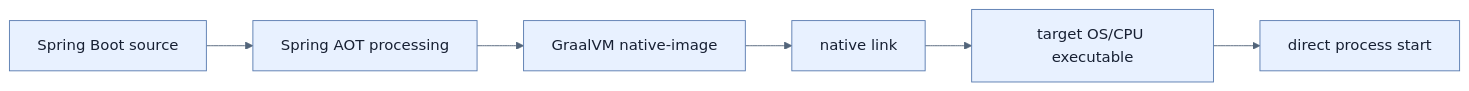
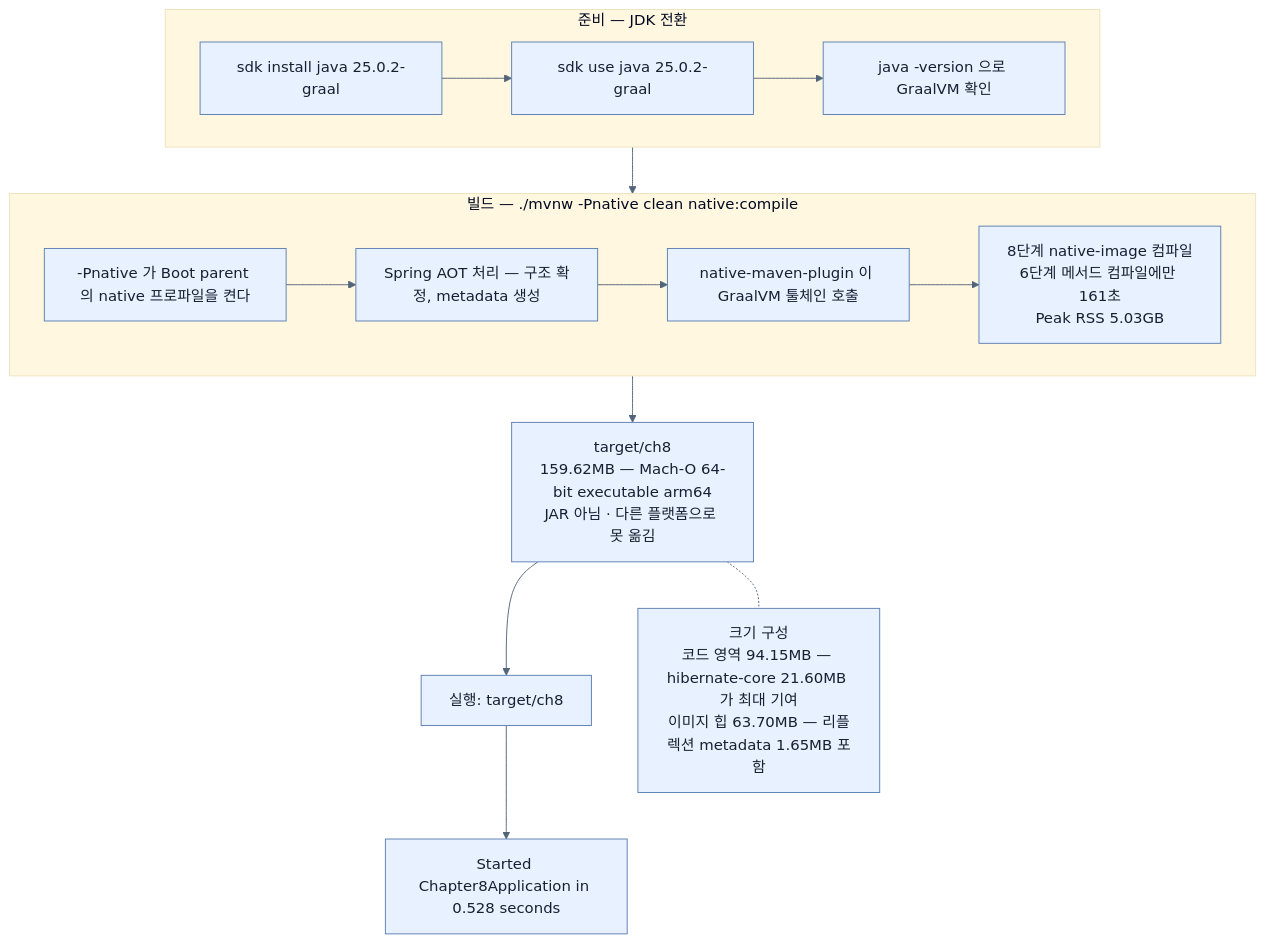
The diagram in spring-boot-4-pdf-notes/part-3-releasing-an-application-with-spring-boot/chapter-8-going-native-with-spring-boot/03-building-and-running-a-native-application.md (sing-u8/Learning_Spring_Boot_4), drawn with Mermaid before and after one commit. The commit also changed other lines of this file and 253 other files, not shown here.

````diff
--- a/spring-boot-4-pdf-notes/part-3-releasing-an-application-with-spring-boot/chapter-8-going-native-with-spring-boot/03-building-and-running-a-native-application.md
+++ b/spring-boot-4-pdf-notes/part-3-releasing-an-application-with-spring-boot/chapter-8-going-native-with-spring-boot/03-building-and-running-a-native-application.md
@@ -28,9 +126,26 @@
 ```mermaid
 %%{init: {'theme': 'base', 'themeVariables': {'background': '#ffffff', 'primaryColor': '#e8f1ff', 'primaryTextColor': '#172033', 'primaryBorderColor': '#5b7db1', 'lineColor': '#52647a', 'secondaryColor': '#f7fbff', 'tertiaryColor': '#fff7df'}}}%%
-flowchart LR
-    S[Spring Boot source] --> A[Spring AOT processing]
-    A --> G[GraalVM native-image]
-    G --> L[native link]
-    L --> E[target OS/CPU executable]
-    E --> R[direct process start]
+flowchart TB
+    subgraph PREP["준비 — JDK 전환"]
+        S1["sdk install java 25.0.2-graal"] --> S2["sdk use java 25.0.2-graal"]
+        S2 --> S3["java -version 으로 GraalVM 확인"]
+    end
+
+    PREP --> BUILD
+
+    subgraph BUILD["빌드 — ./mvnw -Pnative clean native:compile"]
+        B1["-Pnative 가 Boot parent 의 native 프로파일을 켠다"]
+        B2["Spring AOT 처리 — 구조 확정, metadata 생성"]
+        B3["native-maven-plugin 이 GraalVM 툴체인 호출"]
+        B4["8단계 native-image 컴파일<br/>6단계 메서드 컴파일에만 161초<br/>Peak RSS 5.03GB"]
+        B1 --> B2 --> B3 --> B4
+    end
+
+    BUILD --> ART["target/ch8<br/>159.62MB — Mach-O 64-bit executable arm64<br/>JAR 아님 · 다른 플랫폼으로 못 옮김"]
+
+    ART --> RUN["실행: target/ch8"]
+    RUN --> LOG["Started Chapter8Application in 0.528 seconds"]
+
+    NOTE["크기 구성<br/>코드 영역 94.15MB — hibernate-core 21.60MB 가 최대 기여<br/>이미지 힙 63.70MB — 리플렉션 metadata 1.65MB 포함"]
+    ART -.- NOTE
 ```
````
